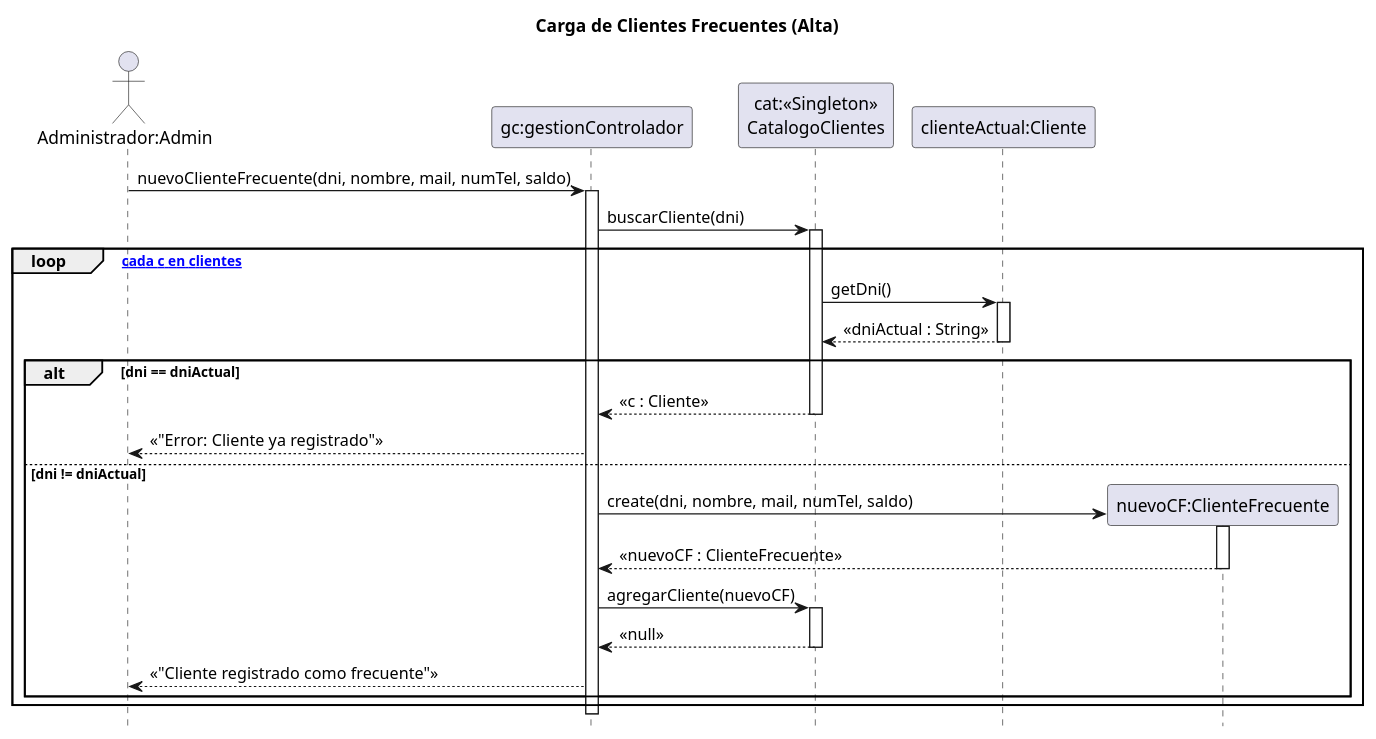
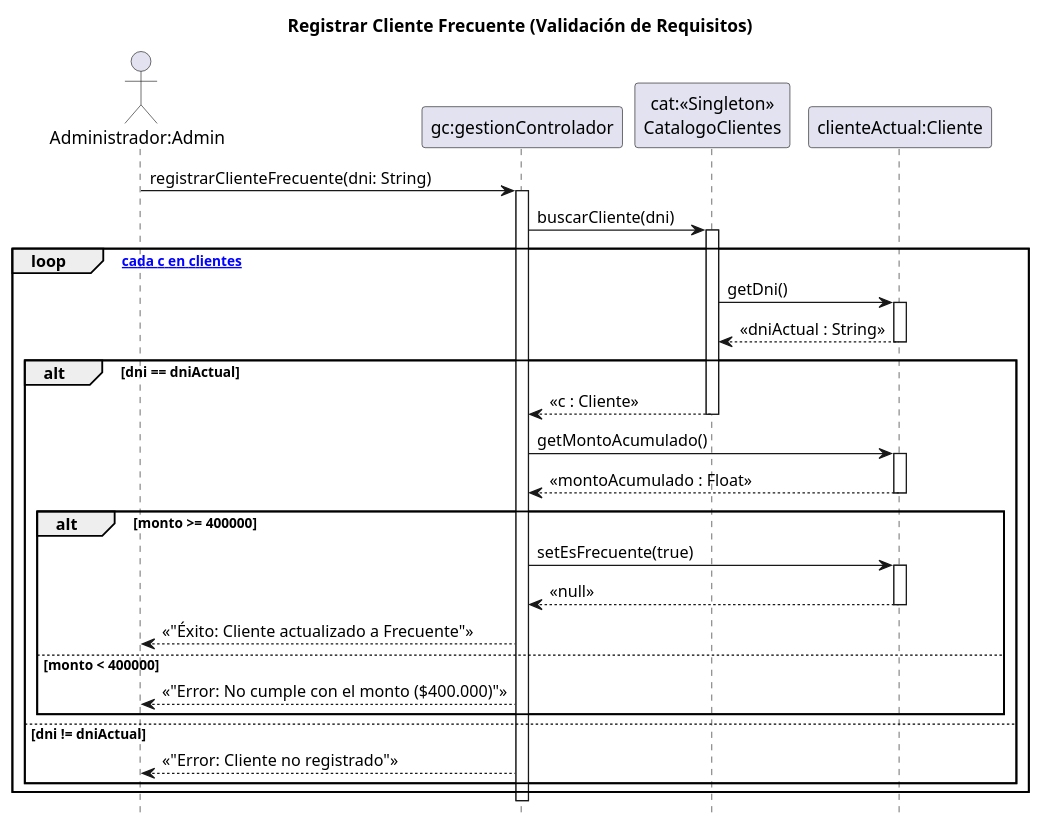
Before and after one commit to zEzequR/PF-I: the diagram in 08 - Diagramas de Secuencia de Diseño/CargaClientesFrecuentes/CargaClientesFrecuentes.puml, drawn with PlantUML. The commit also changed 3 other files, not shown here.

Commit message:
Carga Clientes

```diff
--- a/08 - Diagramas de Secuencia de Diseño/CargaClientesFrecuentes/CargaClientesFrecuentes.puml
+++ b/08 - Diagramas de Secuencia de Diseño/CargaClientesFrecuentes/CargaClientesFrecuentes.puml
@@ -1,52 +1,54 @@
 @startuml
-title Carga de Clientes Frecuentes (Alta)
+title Registrar Cliente Frecuente (Validación de Requisitos)
 
 hide footbox
 
 actor "Administrador:Admin" as admin
 participant "gc:gestionControlador" as ctrl
 participant "cat:<<Singleton>>\nCatalogoClientes" as cat
 participant "clienteActual:Cliente" as cliente_actual
 
-admin -> ctrl : nuevoClienteFrecuente(dni, nombre, mail, numTel, saldo)
+admin -> ctrl : registrarClienteFrecuente(dni: String)
 activate ctrl
 
 ctrl -> cat : buscarCliente(dni)
 activate cat
 
 loop [para cada c en clientes]
     cat -> cliente_actual : getDni()
     activate cliente_actual
     cliente_actual --> cat : << dniActual : String >>
     deactivate cliente_actual
     
     alt dni == dniActual
         cat --> ctrl : << c : Cliente >>
         deactivate cat
         
-        ctrl --> admin : << "Error: Cliente ya registrado" >>
+        ctrl -> cliente_actual : getMontoAcumulado()
+        activate cliente_actual
+        cliente_actual --> ctrl : << montoAcumulado : Float >>
+        deactivate cliente_actual
+        
+        alt monto >= 400000
+            ctrl -> cliente_actual : setEsFrecuente(true)
+            activate cliente_actual
+            cliente_actual --> ctrl : << null >> 
+            deactivate cliente_actual
+            
+            ctrl --> admin : << "Éxito: Cliente actualizado a Frecuente" >>
+            
+        else monto < 400000
+            ctrl --> admin : << "Error: No cumple con el monto ($400.000)" >>
+        end
 
     else dni != dniActual
 
         deactivate cat
-
         
-        create participant "nuevoCF:ClienteFrecuente" as nuevo_cf
-        ctrl -> nuevo_cf : create(dni, nombre, mail, numTel, saldo)
-        activate nuevo_cf
-        nuevo_cf --> ctrl : << nuevoCF : ClienteFrecuente >>
-        deactivate nuevo_cf
-
-        ctrl -> cat : agregarCliente(nuevoCF)
-        activate cat
-        
-        cat --> ctrl : << null >>
-        deactivate cat
-        
-        ctrl --> admin : << "Cliente registrado como frecuente" >>
+        ctrl --> admin : << "Error: Cliente no registrado" >>
         
     end
 end
 
 deactivate ctrl
 @enduml
```
